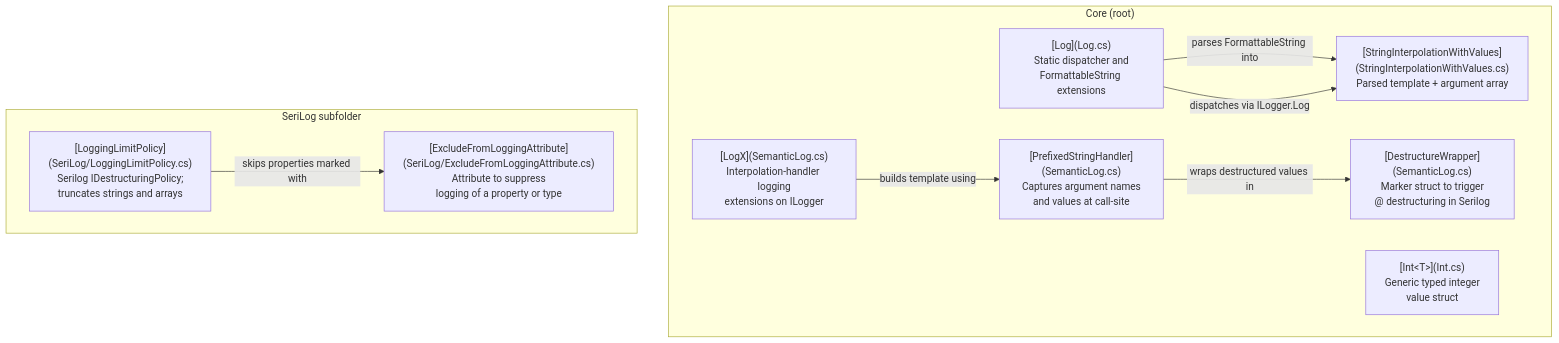
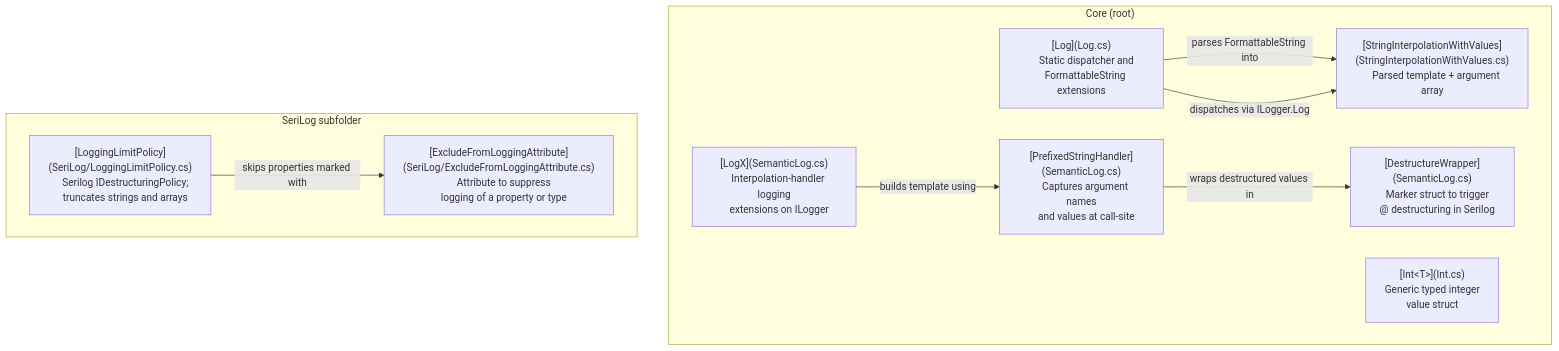
One commit to SpocWeb/SpocWeb.Logging changed the diagram in ReadMe.md. Above: the diagram before and after it, drawn with Mermaid.

Commit message:
auto-commit

````diff
--- a/ReadMe.md
+++ b/ReadMe.md
@@ -47,24 +47,39 @@
 ```mermaid
 flowchart TD
     subgraph Core["Core (root)"]
-        Log["[Log](Log.cs)\nStatic dispatcher and\nFormattableString extensions"]
-        SIVW["[StringInterpolationWithValues](StringInterpolationWithValues.cs)\nParsed template + argument array"]
-        LogX["[LogX](SemanticLog.cs)\nInterpolation-handler logging\nextensions on ILogger"]
-        PSH["[PrefixedStringHandler](SemanticLog.cs)\nCaptures argument names\nand values at call-site"]
-        DW["[DestructureWrapper](SemanticLog.cs)\nMarker struct to trigger\n@ destructuring in Serilog"]
-        Int["[Int&lt;T&gt;](Int.cs)\nGeneric typed integer\nvalue struct"]
+        Log["[Log](Log.cs)
+    Static dispatcher and
+    FormattableString extensions"]
+        SIVW["[StringInterpolationWithValues](StringInterpolationWithValues.cs)
+    Parsed template + argument array"]
+        LogX["[LogX](SemanticLog.cs)
+    Interpolation-handler logging
+    extensions on ILogger"]
+        PSH["[PrefixedStringHandler](SemanticLog.cs)
+    Captures argument names
+    and values at call-site"]
+        DW["[DestructureWrapper](SemanticLog.cs)
+    Marker struct to trigger
+    @ destructuring in Serilog"]
+        Int["[Int&lt;T&gt;](Int.cs)
+    Generic typed integer
+    value struct"]
     end
 
     subgraph SeriLog["SeriLog subfolder"]
-        LLP["[LoggingLimitPolicy](SeriLog/LoggingLimitPolicy.cs)\nSerilog IDestructuringPolicy;\ntruncates strings and arrays"]
-        EFLA["[ExcludeFromLoggingAttribute](SeriLog/ExcludeFromLoggingAttribute.cs)\nAttribute to suppress\nlogging of a property or type"]
+        LLP["[LoggingLimitPolicy](SeriLog/LoggingLimitPolicy.cs)
+    Serilog IDestructuringPolicy;
+    truncates strings and arrays"]
+        EFLA["[ExcludeFromLoggingAttribute](SeriLog/ExcludeFromLoggingAttribute.cs)
+    Attribute to suppress
+    logging of a property or type"]
     end
 
     Log -->|"parses FormattableString into"| SIVW
     Log -->|"dispatches via ILogger.Log"| SIVW
     LogX -->|"builds template using"| PSH
     PSH -->|"wraps destructured values in"| DW
     LLP -->|"skips properties marked with"| EFLA
 
 linkStyle 4 opacity:1
 ```
````
